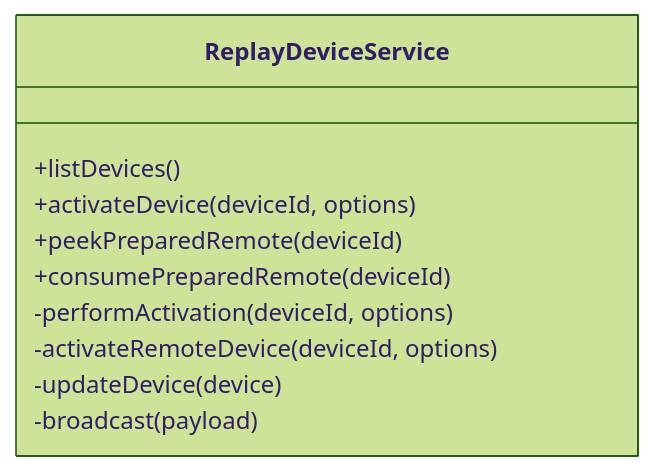
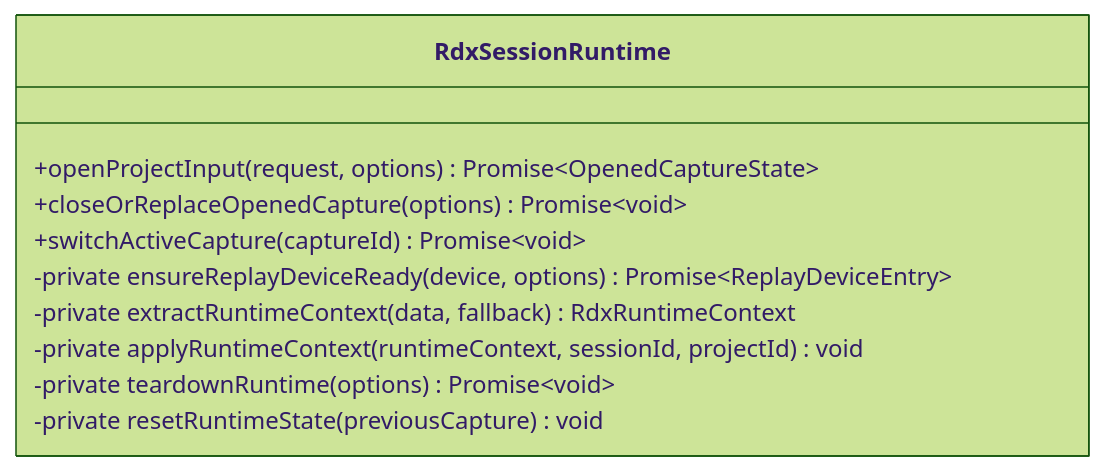
The fourth of 6 diagrams in .qoder/repowiki/zh/content/核心模块/会话管理系统/会话生命周期管理.md (haolange/RDC-Agent), drawn with Mermaid (forest theme) before and after one commit. The commit also changed other lines of this file and 221 other files, not shown here.

````diff
--- a/.qoder/repowiki/zh/content/核心模块/会话管理系统/会话生命周期管理.md
+++ b/.qoder/repowiki/zh/content/核心模块/会话管理系统/会话生命周期管理.md
@@ -178,13 +187,13 @@
 ```mermaid
 classDiagram
-class ReplayDeviceService {
-+listDevices()
-+activateDevice(deviceId, options)
-+peekPreparedRemote(deviceId)
-+consumePreparedRemote(deviceId)
--performActivation(deviceId, options)
--activateRemoteDevice(deviceId, options)
--updateDevice(device)
--broadcast(payload)
+class RdxSessionRuntime {
++openProjectInput(request, options) Promise~OpenedCaptureState~
++closeOrReplaceOpenedCapture(options) Promise~void~
++switchActiveCapture(captureId) Promise~void~
+-private ensureReplayDeviceReady(device, options) Promise~ReplayDeviceEntry~
+-private extractRuntimeContext(data, fallback) RdxRuntimeContext
+-private applyRuntimeContext(runtimeContext, sessionId, projectId) void
+-private teardownRuntime(options) Promise~void~
+-private resetRuntimeState(previousCapture) void
 }
 ```
````
